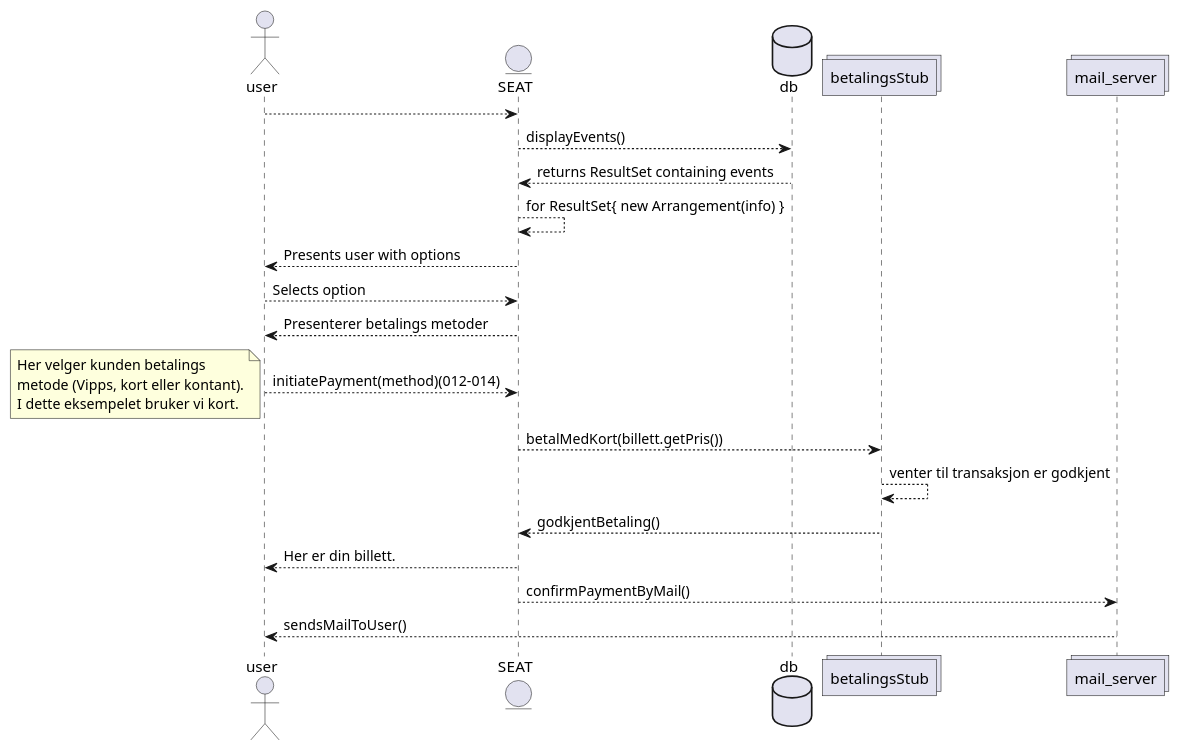
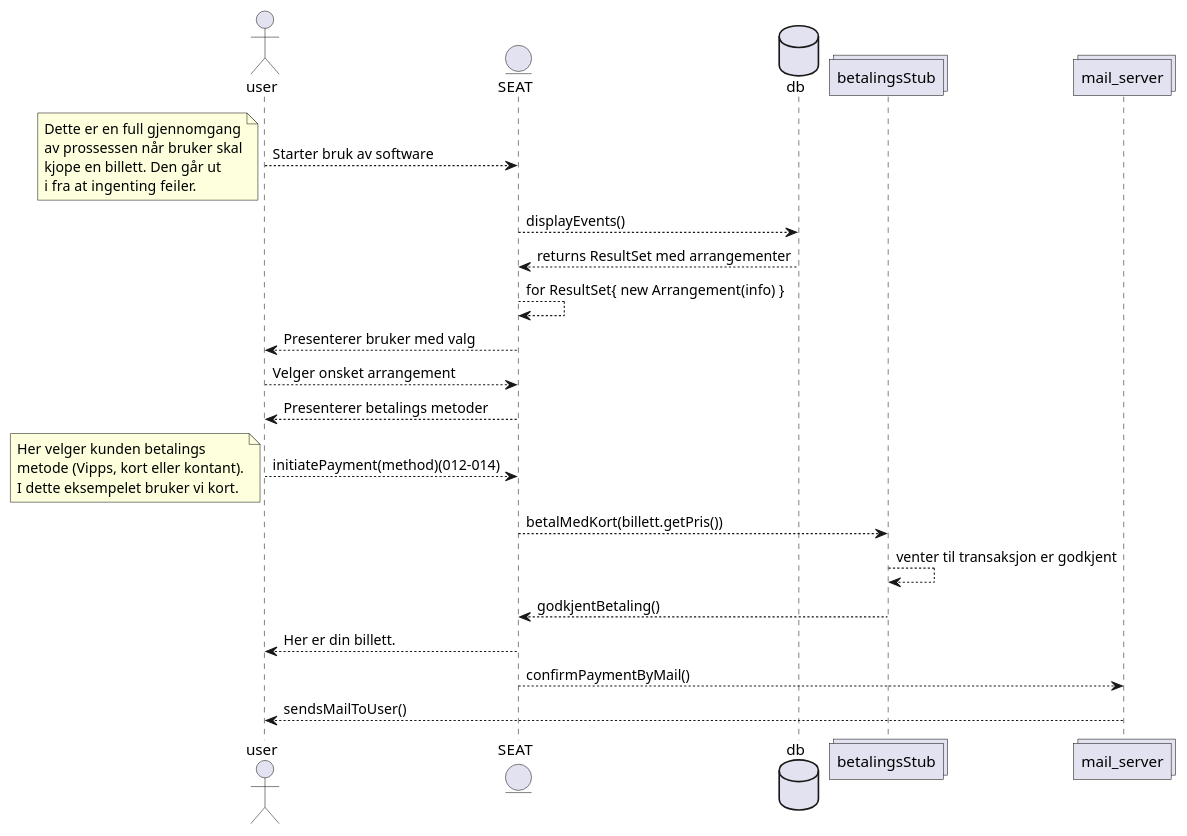
Before and after one commit to EmilyHBH/seat_gruppe19: the diagram in UML/Sequence/010-015BillettKjopSekvens.puml, drawn with PlantUML.

Commit message:
Liten retting

```diff
--- a/UML/Sequence/010-015BillettKjopSekvens.puml
+++ b/UML/Sequence/010-015BillettKjopSekvens.puml
@@ -1,31 +1,37 @@
 @startuml
 
 actor user
 entity SEAT
 database db
 collections betalingsStub
 collections mail_server
 
-user --> SEAT:
+user --> SEAT: Starter bruk av software
+note left
+	Dette er en full gjennomgang
+	av prossessen når bruker skal
+	kjope en billett. Den går ut
+	i fra at ingenting feiler.
+end note
 SEAT --> db: displayEvents()
-SEAT <-- db: returns ResultSet containing events
+SEAT <-- db: returns ResultSet med arrangementer
 SEAT --> SEAT: for ResultSet{ new Arrangement(info) }
-user <-- SEAT: Presents user with options
-user --> SEAT: Selects option
+user <-- SEAT: Presenterer bruker med valg
+user --> SEAT: Velger onsket arrangement
 user <-- SEAT: Presenterer betalings metoder
 user --> SEAT: initiatePayment(method)(012-014)
 note left
-	Her velger kunden betalings 
+	Her velger kunden betalings
 	metode (Vipps, kort eller kontant).
 	I dette eksempelet bruker vi kort.
 end note
 SEAT --> betalingsStub: betalMedKort(billett.getPris())
 betalingsStub --> betalingsStub: venter til transaksjon er godkjent
 SEAT <-- betalingsStub: godkjentBetaling()
 user <-- SEAT: Her er din billett.
 SEAT --> mail_server: confirmPaymentByMail()
 user <-- mail_server: sendsMailToUser()
 
 
 
 @enduml
```
